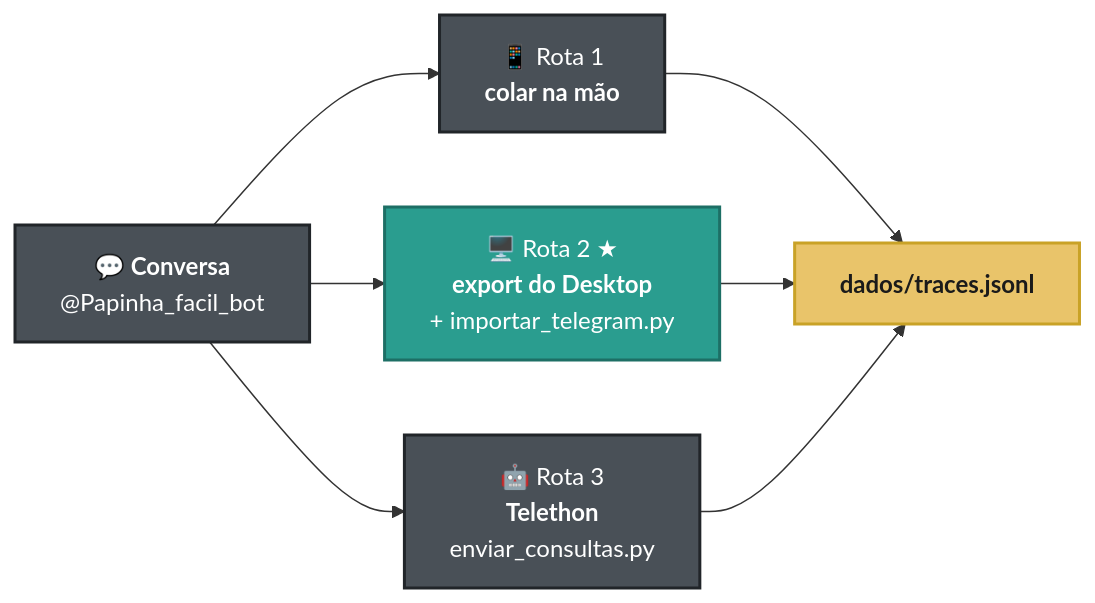
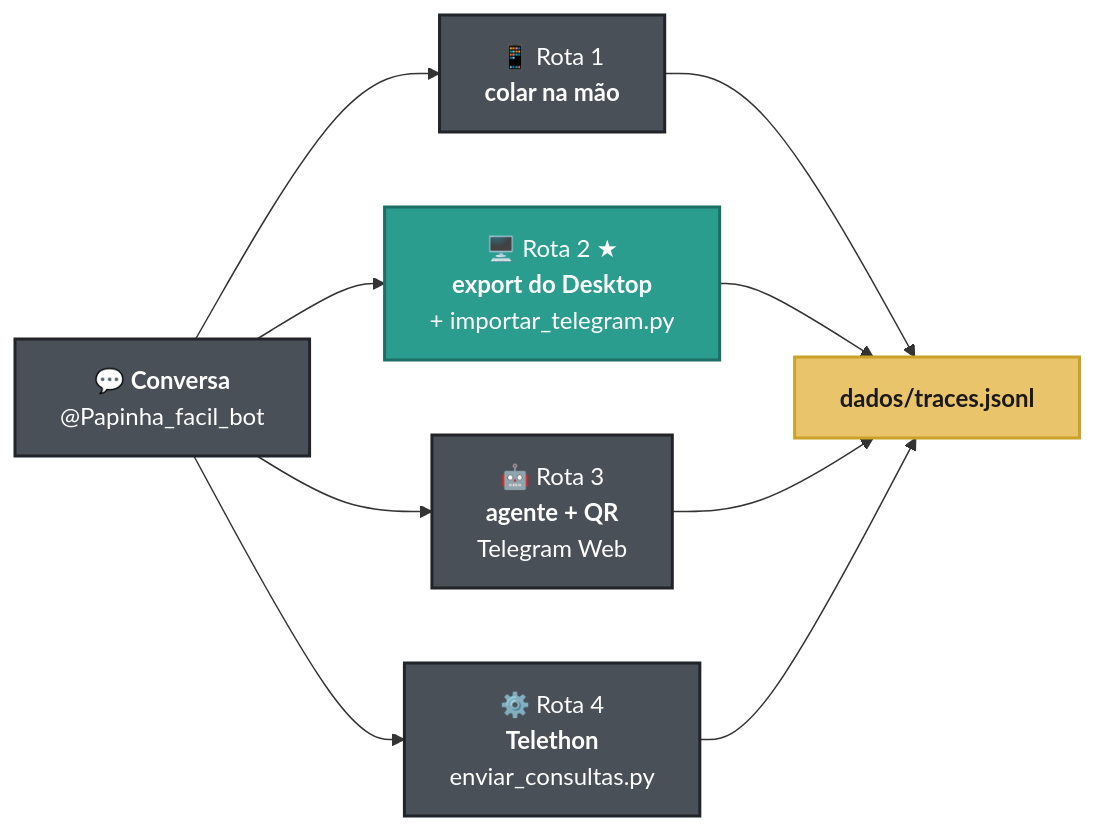
The tenth of 11 diagrams in README.md (akamitatrush/papinha-evals), drawn with Mermaid before and after one commit. The commit also changed other lines of this file, not shown here.

First line of the commit message:
Documenta a rota de coleta dirigida por agente com login por QR

````diff
--- a/README.md
+++ b/README.md
@@ -887,16 +887,18 @@
 ```mermaid
 flowchart LR
     A["💬 <b>Conversa</b><br/>@Papinha_facil_bot"] --> B["📱 Rota 1<br/><b>colar na mão</b>"]
     A --> C["🖥️ Rota 2 ★<br/><b>export do Desktop</b><br/>+ importar_telegram.py"]
-    A --> D["🤖 Rota 3<br/><b>Telethon</b><br/>enviar_consultas.py"]
+    A --> D["🤖 Rota 3<br/><b>agente + QR</b><br/>Telegram Web"]
+    A --> F["⚙️ Rota 4<br/><b>Telethon</b><br/>enviar_consultas.py"]
     B --> E["<b>dados/traces.jsonl</b>"]
     C --> E
     D --> E
+    F --> E
 
     classDef n fill:#495057,color:#fff,stroke:#212529,stroke-width:2px
     classDef rec fill:#2A9D8F,color:#fff,stroke:#1D6F65,stroke-width:2px
     classDef alvo fill:#E9C46A,color:#1A1A1A,stroke:#C9A227,stroke-width:2px
-    class A,B,D n
+    class A,B,D,F n
     class C rec
     class E alvo
 ```
````
